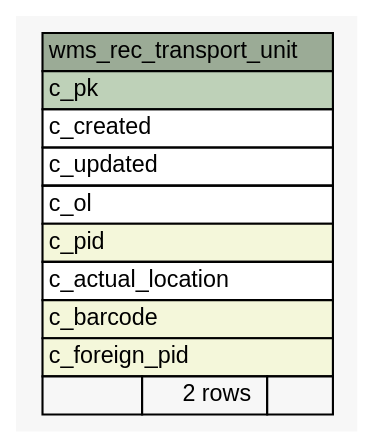
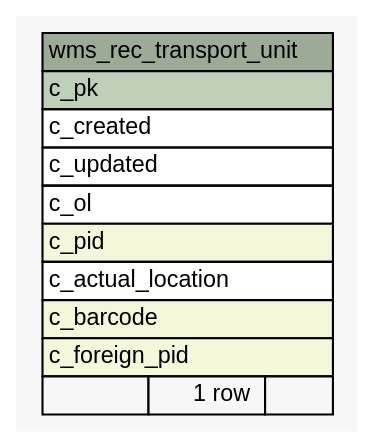
The diagram in 1.0.0-SNAPSHOT/schemaspy/diagrams/summary/wms_rec_transport_unit.1degree.dot (openwms/org.openwms.wms.receiving.lib), drawn with Graphviz before and after one commit. The commit also changed 379 other files, not shown here.

```diff
--- a/1.0.0-SNAPSHOT/schemaspy/diagrams/summary/wms_rec_transport_unit.1degree.dot
+++ b/1.0.0-SNAPSHOT/schemaspy/diagrams/summary/wms_rec_transport_unit.1degree.dot
@@ -1,37 +1,37 @@
-// dot 2.43.0 on Linux 5.13.0-1021-azure
+// dot 2.43.0 on Linux 5.13.0-1022-azure
 // SchemaSpy rev Unknown
 digraph "wms_rec_transport_unit" {
   graph [
     rankdir="RL"
     bgcolor="#f7f7f7"
     nodesep="0.18"
     ranksep="0.46"
     fontname="Helvetica"
     fontsize="11"
   ];
   node [
     fontname="Helvetica"
     fontsize="11"
     shape="plaintext"
   ];
   edge [
     arrowsize="0.8"
   ];
   "wms_rec_transport_unit" [
     label=<
     <TABLE BORDER="0" CELLBORDER="1" CELLSPACING="0" BGCOLOR="#ffffff">
       <TR><TD COLSPAN="3" BGCOLOR="#9bab96" ALIGN="CENTER">wms_rec_transport_unit</TD></TR>
       <TR><TD PORT="c_pk" COLSPAN="3" BGCOLOR="#bed1b8" ALIGN="LEFT">c_pk</TD></TR>
       <TR><TD PORT="c_created" COLSPAN="3" ALIGN="LEFT">c_created</TD></TR>
       <TR><TD PORT="c_updated" COLSPAN="3" ALIGN="LEFT">c_updated</TD></TR>
       <TR><TD PORT="c_ol" COLSPAN="3" ALIGN="LEFT">c_ol</TD></TR>
       <TR><TD PORT="c_pid" COLSPAN="3" BGCOLOR="#f4f7da" ALIGN="LEFT">c_pid</TD></TR>
       <TR><TD PORT="c_actual_location" COLSPAN="3" ALIGN="LEFT">c_actual_location</TD></TR>
       <TR><TD PORT="c_barcode" COLSPAN="3" BGCOLOR="#f4f7da" ALIGN="LEFT">c_barcode</TD></TR>
       <TR><TD PORT="c_foreign_pid" COLSPAN="3" BGCOLOR="#f4f7da" ALIGN="LEFT">c_foreign_pid</TD></TR>
-      <TR><TD ALIGN="LEFT" BGCOLOR="#f7f7f7">  </TD><TD ALIGN="RIGHT" BGCOLOR="#f7f7f7">2 rows</TD><TD ALIGN="RIGHT" BGCOLOR="#f7f7f7">  </TD></TR>
+      <TR><TD ALIGN="LEFT" BGCOLOR="#f7f7f7">  </TD><TD ALIGN="RIGHT" BGCOLOR="#f7f7f7">1 row</TD><TD ALIGN="RIGHT" BGCOLOR="#f7f7f7">  </TD></TR>
     </TABLE>>
     URL="tables/wms_rec_transport_unit.html"
     tooltip="wms_rec_transport_unit"
   ];
 }
```
